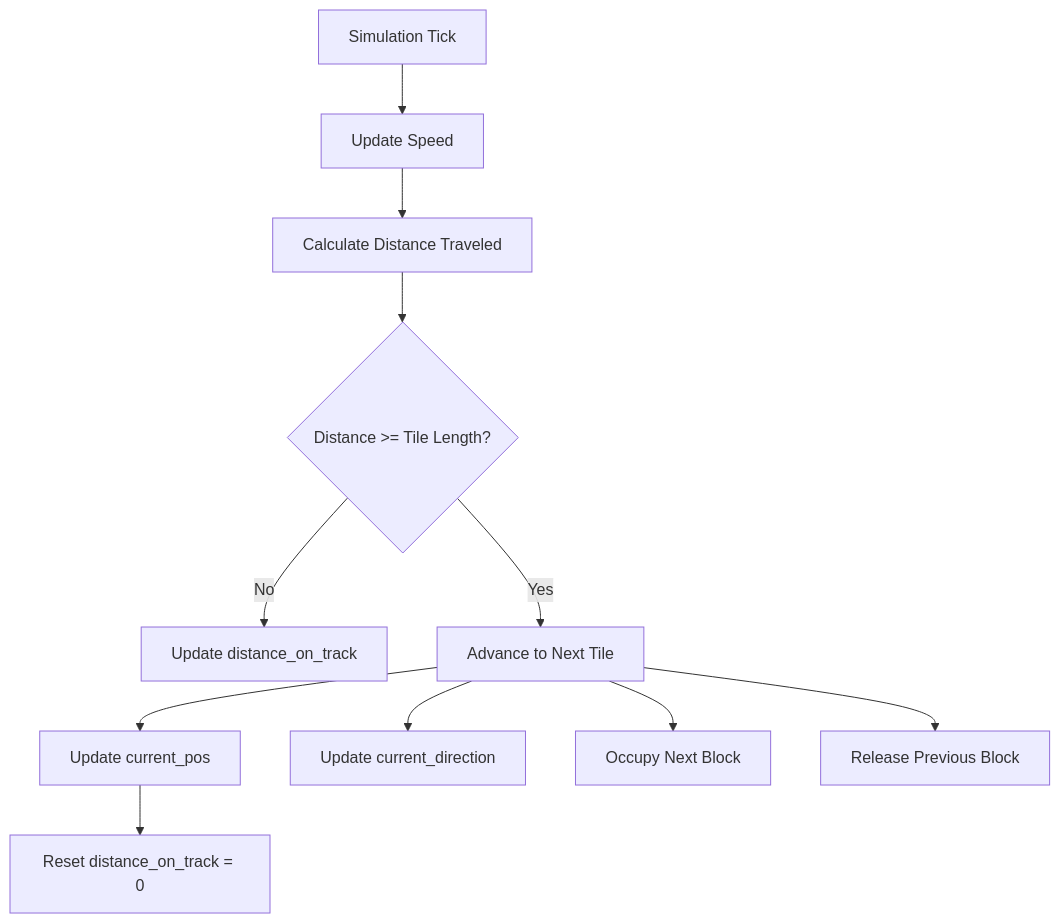
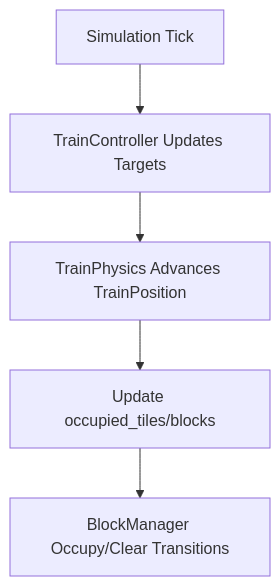
The first of 3 diagrams in docs/TRAIN_DISPATCH_SYSTEM.md (chwdy/atcs6), drawn with Mermaid before and after one commit. The commit also changed other lines of this file and 35 other files, not shown here.

First line of the commit message:
Refactor train position handling to use TrainPosition class

````diff
--- a/docs/TRAIN_DISPATCH_SYSTEM.md
+++ b/docs/TRAIN_DISPATCH_SYSTEM.md
@@ -473,13 +377,7 @@
 ```mermaid
 graph TD
-    A[Simulation Tick] --> B[Update Speed]
-    B --> C[Calculate Distance Traveled]
-    C --> D{Distance >= Tile Length?}
-    D -->|No| E[Update distance_on_track]
-    D -->|Yes| F[Advance to Next Tile]
-    F --> G[Update current_pos]
-    F --> H[Update current_direction]
-    F --> I[Occupy Next Block]
-    F --> J[Release Previous Block]
-    G --> K[Reset distance_on_track = 0]
+    A[Simulation Tick] --> B[TrainController Updates Targets]
+    B --> C[TrainPhysics Advances TrainPosition]
+    C --> D[Update occupied_tiles/blocks]
+    D --> E[BlockManager Occupy/Clear Transitions]
 ```
````
